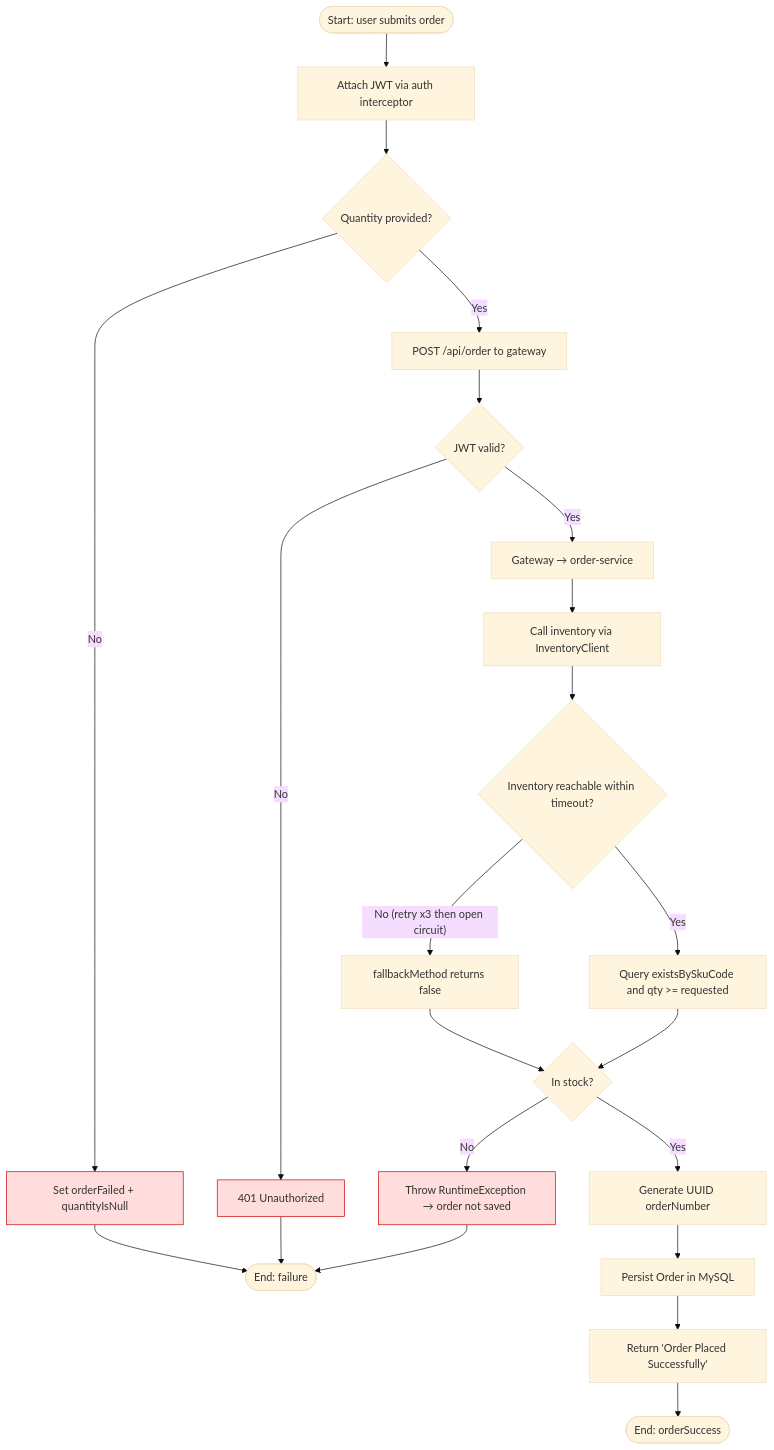
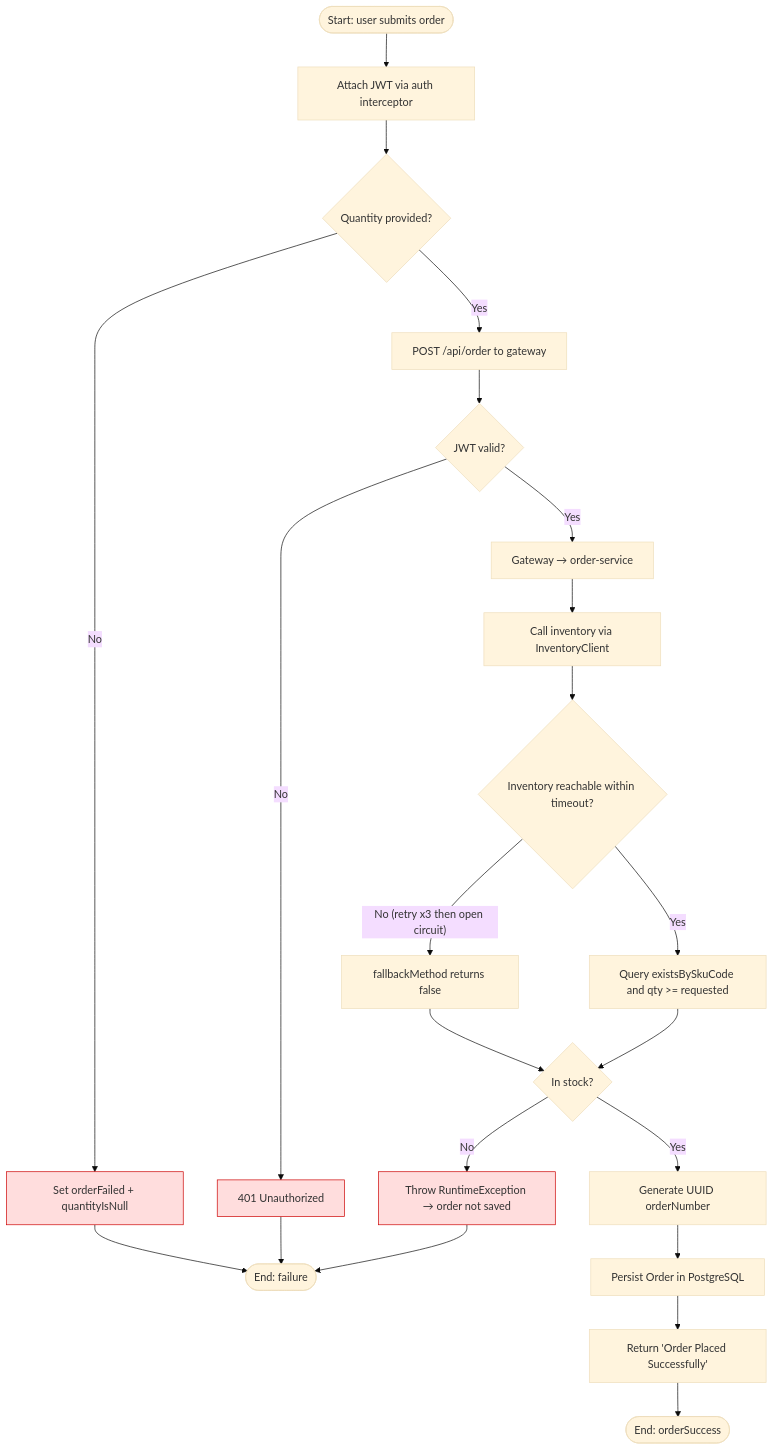
Diagram 11 of 12 in docs/ARCHITECTURE.md (SzabolcsBeko/ms_sap_project), drawn with Mermaid (base theme) before and after one commit. The commit also changed other lines of this file and 30 other files, not shown here.

First line of the commit message:
feat(db): migrate order-service and inventory-service to PostgreSQL 16

````diff
--- a/docs/ARCHITECTURE.md
+++ b/docs/ARCHITECTURE.md
@@ -438,28 +438,28 @@
 ```mermaid
 flowchart TD
     A([Start: user submits order]) --> B[Attach JWT via auth interceptor]
     B --> C{Quantity provided?}
     C -- No --> Z1[Set orderFailed + quantityIsNull]:::fail
     C -- Yes --> D[POST /api/order to gateway]
     D --> E{JWT valid?}
     E -- No --> Z2[401 Unauthorized]:::fail
     E -- Yes --> F[Gateway → order-service]
     F --> G[Call inventory via InventoryClient]
 
     G --> H{Inventory reachable within timeout?}
     H -- "No (retry x3 then open circuit)" --> I[fallbackMethod returns false]
     H -- Yes --> J[Query existsBySkuCode and qty >= requested]
 
     I --> K{In stock?}
     J --> K
     K -- No --> Z3[Throw RuntimeException → order not saved]:::fail
     K -- Yes --> L[Generate UUID orderNumber]
-    L --> M[Persist Order in MySQL]
+    L --> M[Persist Order in PostgreSQL]
     M --> N[Return 'Order Placed Successfully']
     N --> O([End: orderSuccess])
     Z1 --> P([End: failure])
     Z2 --> P
     Z3 --> P
 
     classDef fail fill:#fdd,stroke:#c00;
 ```
````
